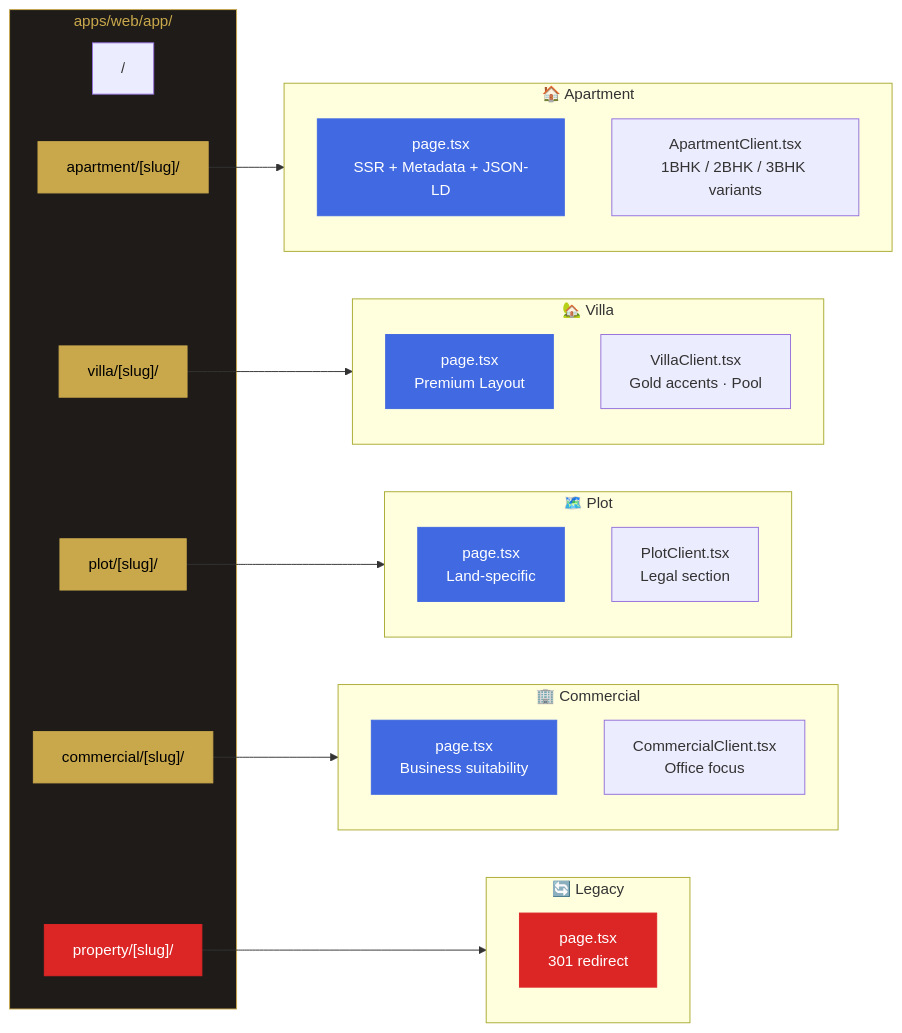
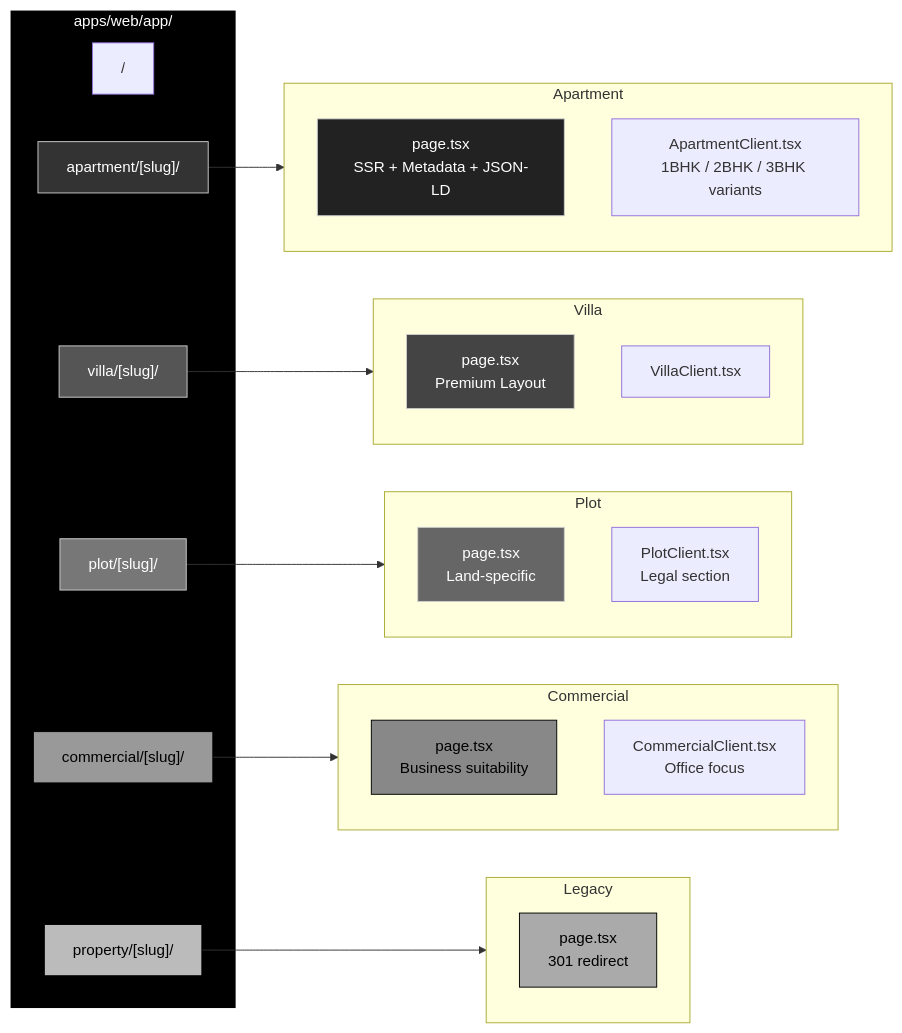
Before and after one commit to DeadCoder-N/Soryvanta: the fifth of 16 diagrams in README.md, drawn with Mermaid. The commit also changed other lines of this file, not shown here.

````diff
--- a/README.md
+++ b/README.md
@@ -556,53 +556,53 @@
 ```mermaid
 flowchart LR
     subgraph APP["apps/web/app/"]
         HOMEPAGE["/"]
         APARTMENT["apartment/[slug]/"]
         VILLA["villa/[slug]/"]
         PLOT["plot/[slug]/"]
         COMMERCIAL["commercial/[slug]/"]
         LEGACY["property/[slug]/"]
     end
 
-    subgraph APT_DETAIL["🏠 Apartment"]
+    subgraph APT_DETAIL["Apartment"]
         APT_PAGE["page.tsx<br/>SSR + Metadata + JSON-LD"]
         APT_CLIENT["ApartmentClient.tsx<br/>1BHK / 2BHK / 3BHK variants"]
     end
 
-    subgraph VILLA_DETAIL["🏡 Villa"]
+    subgraph VILLA_DETAIL["Villa"]
         VILLA_PAGE["page.tsx<br/>Premium Layout"]
-        VILLA_CLIENT["VillaClient.tsx<br/>Gold accents · Pool"]
+        VILLA_CLIENT["VillaClient.tsx"]
     end
 
-    subgraph PLOT_DETAIL["🗺️ Plot"]
+    subgraph PLOT_DETAIL["Plot"]
         PLOT_PAGE["page.tsx<br/>Land-specific"]
         PLOT_CLIENT["PlotClient.tsx<br/>Legal section"]
     end
 
-    subgraph COMM_DETAIL["🏢 Commercial"]
+    subgraph COMM_DETAIL["Commercial"]
         COMM_PAGE["page.tsx<br/>Business suitability"]
         COMM_CLIENT["CommercialClient.tsx<br/>Office focus"]
     end
 
-    subgraph LEGACY_DETAIL["🔄 Legacy"]
+    subgraph LEGACY_DETAIL["Legacy"]
         LEGACY_PAGE["page.tsx<br/>301 redirect"]
     end
 
     APARTMENT --> APT_DETAIL
     VILLA --> VILLA_DETAIL
     PLOT --> PLOT_DETAIL
     COMMERCIAL --> COMM_DETAIL
     LEGACY --> LEGACY_DETAIL
 
-    style APP fill:#1e1b18,color:#C9A84C,stroke:#C9A84C
-    style APARTMENT fill:#C9A84C,color:#000,stroke:#C9A84C
-    style VILLA fill:#C9A84C,color:#000,stroke:#C9A84C
-    style PLOT fill:#C9A84C,color:#000,stroke:#C9A84C
-    style COMMERCIAL fill:#C9A84C,color:#000,stroke:#C9A84C
-    style LEGACY fill:#DC2626,color:#fff,stroke:#DC2626
-    style APT_PAGE fill:#4169E1,color:#fff,stroke:#4169E1
-    style VILLA_PAGE fill:#4169E1,color:#fff,stroke:#4169E1
-    style PLOT_PAGE fill:#4169E1,color:#fff,stroke:#4169E1
-    style COMM_PAGE fill:#4169E1,color:#fff,stroke:#4169E1
-    style LEGACY_PAGE fill:#DC2626,color:#fff,stroke:#DC2626
+    style APP fill:#000,color:#fff,stroke:#fff,stroke-width:2px
+    style APARTMENT fill:#333,color:#fff,stroke:#ccc
+    style VILLA fill:#555,color:#fff,stroke:#ccc
+    style PLOT fill:#777,color:#fff,stroke:#ccc
+    style COMMERCIAL fill:#999,color:#000,stroke:#000
+    style LEGACY fill:#bbb,color:#000,stroke:#000
+    style APT_PAGE fill:#222,color:#fff,stroke:#ccc
+    style VILLA_PAGE fill:#444,color:#fff,stroke:#ccc
+    style PLOT_PAGE fill:#666,color:#fff,stroke:#ccc
+    style COMM_PAGE fill:#888,color:#000,stroke:#000
+    style LEGACY_PAGE fill:#aaa,color:#000,stroke:#000
 ```
````
